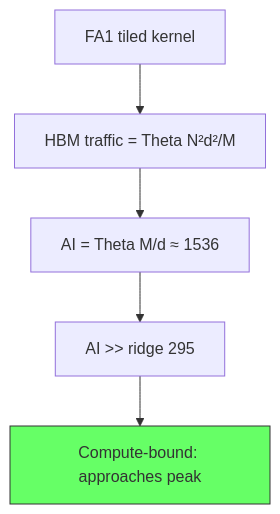
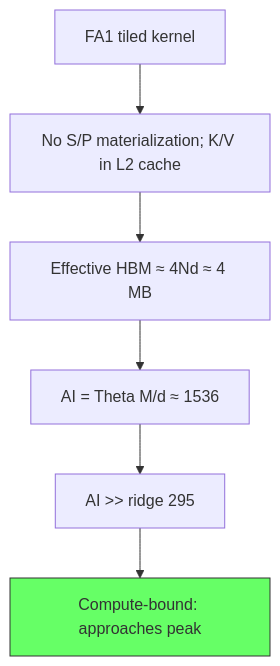
The third of 8 diagrams in ai_infra/L5_Kernels_and_Programming/FlashAttention_Deep_Dive.md (Wty2003328/ai_infra_intro), drawn with Mermaid before and after one commit. The commit also changed other lines of this file and 62 other files, not shown here.

````diff
--- a/ai_infra/L5_Kernels_and_Programming/FlashAttention_Deep_Dive.md
+++ b/ai_infra/L5_Kernels_and_Programming/FlashAttention_Deep_Dive.md
@@ -160,8 +170,9 @@
 ```mermaid
 graph TD
-    A["FA1 tiled kernel"] --> B["HBM traffic = Theta N²d²/M"]
-    B --> C["AI = Theta M/d ≈ 1536"]
-    C --> D["AI >> ridge 295"]
-    D --> E["Compute-bound: approaches peak"]
-    style E fill:#6f6,stroke:#333
+    A["FA1 tiled kernel"] --> B["No S/P materialization; K/V in L2 cache"]
+    B --> C["Effective HBM ≈ 4Nd ≈ 4 MB"]
+    C --> D["AI = Theta M/d ≈ 1536"]
+    D --> E["AI >> ridge 295"]
+    E --> F["Compute-bound: approaches peak"]
+    style F fill:#6f6,stroke:#333
 ```
````
